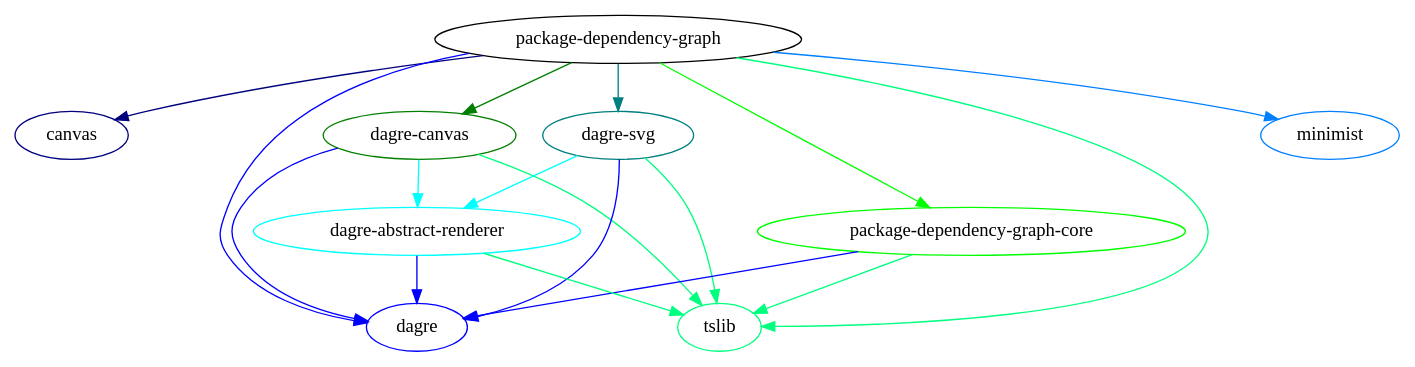
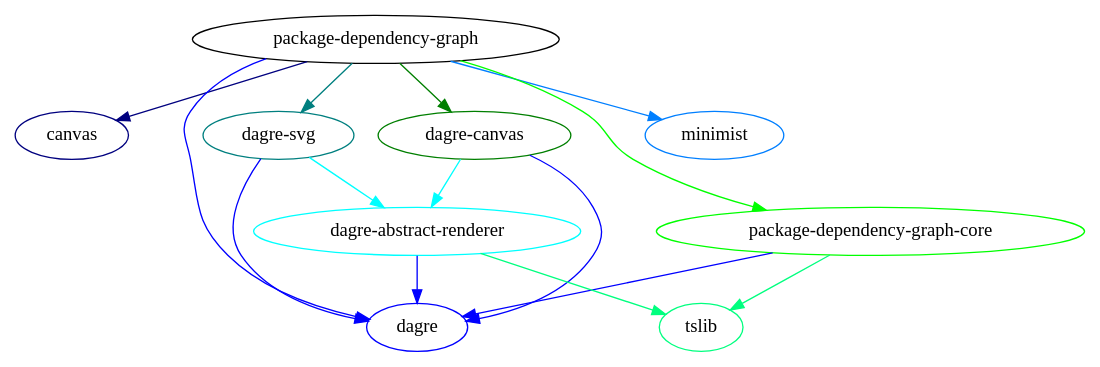
The diagram in spec/result.dot (plantain-00/package-dependency-graph), drawn with Graphviz before and after one commit. The commit also changed 9 other files, not shown here.

```diff
--- a/spec/result.dot
+++ b/spec/result.dot
@@ -1,30 +1,27 @@
 // generated by package-dependency-graph
 digraph {
   package_dependency_graph -> canvas[color = "#00007f"]
   package_dependency_graph -> dagre[color = "#0000ff"]
   package_dependency_graph -> dagre_canvas[color = "#007f00"]
   package_dependency_graph -> dagre_svg[color = "#007f7f"]
   package_dependency_graph -> minimist[color = "#007fff"]
   package_dependency_graph -> package_dependency_graph_core[color = "#00ff00"]
-  package_dependency_graph -> tslib[color = "#00ff7f"]
   package_dependency_graph_core -> dagre[color = "#0000ff"]
   package_dependency_graph_core -> tslib[color = "#00ff7f"]
   dagre_abstract_renderer -> dagre[color = "#0000ff"]
   dagre_abstract_renderer -> tslib[color = "#00ff7f"]
   dagre_canvas -> dagre[color = "#0000ff"]
   dagre_canvas -> dagre_abstract_renderer[color = "#00ffff"]
-  dagre_canvas -> tslib[color = "#00ff7f"]
   dagre_svg -> dagre[color = "#0000ff"]
   dagre_svg -> dagre_abstract_renderer[color = "#00ffff"]
-  dagre_svg -> tslib[color = "#00ff7f"]
 
   package_dependency_graph[label = "package-dependency-graph", color = "#000000"]
   canvas[label = "canvas", color = "#00007f"]
   dagre[label = "dagre", color = "#0000ff"]
   dagre_canvas[label = "dagre-canvas", color = "#007f00"]
   dagre_svg[label = "dagre-svg", color = "#007f7f"]
   minimist[label = "minimist", color = "#007fff"]
   package_dependency_graph_core[label = "package-dependency-graph-core", color = "#00ff00"]
   tslib[label = "tslib", color = "#00ff7f"]
   dagre_abstract_renderer[label = "dagre-abstract-renderer", color = "#00ffff"]
 }
```
